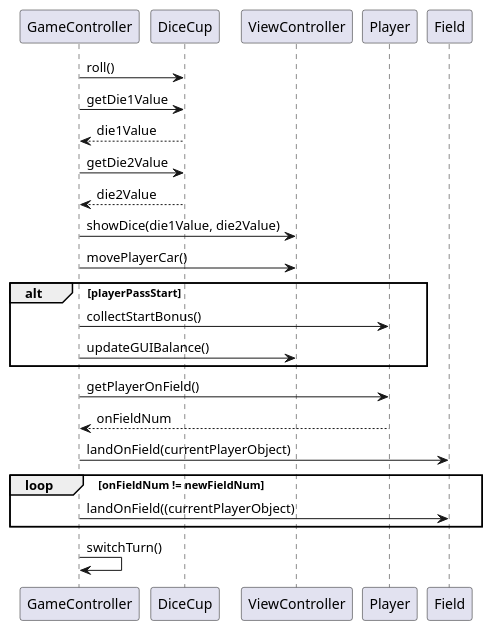
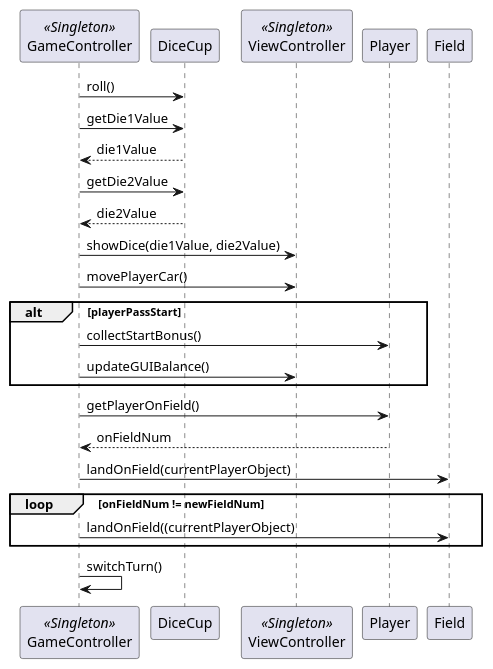
One commit to GabeKierk889/gruppe-18 changed the diagram in 18_final/UML/DesignSequenceDiagramTakeTurn.puml. Above: the diagram before and after it, drawn with PlantUML.

Commit message:
Added changes to diagrams

```diff
--- a/18_final/UML/DesignSequenceDiagramTakeTurn.puml
+++ b/18_final/UML/DesignSequenceDiagramTakeTurn.puml
@@ -1,28 +1,31 @@
 @startuml
 'https://plantuml.com/sequence-diagram
 
+Participant GameController <<Singleton>>
+Participant DiceCup
+Participant ViewController <<Singleton>>
 
 GameController -> DiceCup : roll()
 GameController -> DiceCup : getDie1Value
 DiceCup --> GameController : die1Value
 GameController -> DiceCup : getDie2Value
 DiceCup --> GameController : die2Value
 GameController -> ViewController : showDice(die1Value, die2Value)
 GameController -> ViewController : movePlayerCar()
 
 alt playerPassStart
     GameController -> Player : collectStartBonus()
     GameController -> ViewController : updateGUIBalance()
 end
 
     GameController -> Player : getPlayerOnField()
     Player --> GameController : onFieldNum
     GameController -> Field : landOnField(currentPlayerObject)
 
 loop onFieldNum != newFieldNum
     GameController -> Field : landOnField((currentPlayerObject)
 end
 
 GameController -> GameController : switchTurn()
 
 @enduml
```
